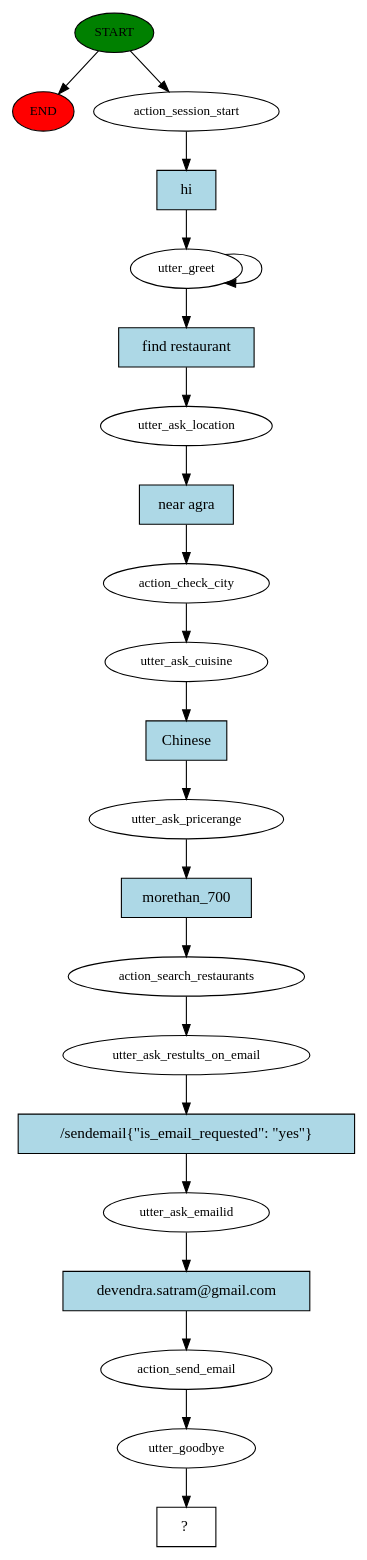
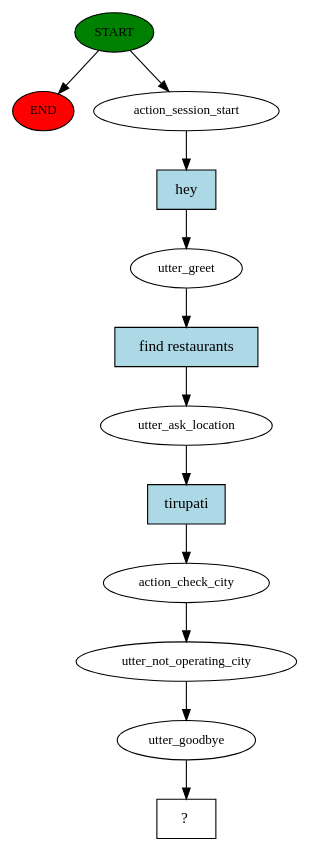
Before and after one commit to devasci/rasa_casestudy: the diagram in story_graph.dot, drawn with Graphviz. The commit also changed 8 other files, not shown here.

```diff
--- a/story_graph.dot
+++ b/story_graph.dot
@@ -1,44 +1,25 @@
 digraph  {
 0 [class="start active", fillcolor=green, fontsize=12, label=START, style=filled];
 "-1" [class=end, fillcolor=red, fontsize=12, label=END, style=filled];
 1 [class=active, fontsize=12, label=action_session_start];
 2 [class=active, fontsize=12, label=utter_greet];
-4 [class=active, fontsize=12, label=utter_ask_location];
-5 [class=active, fontsize=12, label=action_check_city];
-6 [class=active, fontsize=12, label=utter_ask_cuisine];
-7 [class=active, fontsize=12, label=utter_ask_pricerange];
-8 [class=active, fontsize=12, label=action_search_restaurants];
-9 [class=active, fontsize=12, label=utter_ask_restults_on_email];
-10 [class=active, fontsize=12, label=utter_ask_emailid];
-11 [class=active, fontsize=12, label=action_send_email];
-12 [class=active, fontsize=12, label=utter_goodbye];
-13 [class="intent dashed active", label="  ?  ", shape=rect];
-14 [class="intent active", fillcolor=lightblue, label=hi, shape=rect, style=filled];
-15 [class="intent active", fillcolor=lightblue, label="find restaurant", shape=rect, style=filled];
-16 [class="intent active", fillcolor=lightblue, label="near agra", shape=rect, style=filled];
-17 [class="intent active", fillcolor=lightblue, label=Chinese, shape=rect, style=filled];
-18 [class="intent active", fillcolor=lightblue, label=morethan_700, shape=rect, style=filled];
-19 [class="intent active", fillcolor=lightblue, label="/sendemail{\"is_email_requested\": \"yes\"}", shape=rect, style=filled];
-20 [class="intent active", fillcolor=lightblue, label="devendra.satram@gmail.com", shape=rect, style=filled];
+3 [class=active, fontsize=12, label=utter_ask_location];
+4 [class=active, fontsize=12, label=action_check_city];
+5 [class=active, fontsize=12, label=utter_not_operating_city];
+6 [class=active, fontsize=12, label=utter_goodbye];
+7 [class="intent dashed active", label="  ?  ", shape=rect];
+8 [class="intent active", fillcolor=lightblue, label=hey, shape=rect, style=filled];
+9 [class="intent active", fillcolor=lightblue, label="find restaurants", shape=rect, style=filled];
+10 [class="intent active", fillcolor=lightblue, label=tirupati, shape=rect, style=filled];
 0 -> "-1"  [class="", key=NONE, label=""];
 0 -> 1  [class=active, key=NONE, label=""];
-1 -> 14  [class=active, key=0];
-2 -> 2  [class=active, key=NONE, label=""];
-2 -> 15  [class=active, key=0];
-4 -> 16  [class=active, key=0];
+1 -> 8  [class=active, key=0];
+2 -> 9  [class=active, key=0];
+3 -> 10  [class=active, key=0];
+4 -> 5  [class=active, key=NONE, label=""];
 5 -> 6  [class=active, key=NONE, label=""];
-6 -> 17  [class=active, key=0];
-7 -> 18  [class=active, key=0];
-8 -> 9  [class=active, key=NONE, label=""];
-9 -> 19  [class=active, key=0];
-10 -> 20  [class=active, key=0];
-11 -> 12  [class=active, key=NONE, label=""];
-12 -> 13  [class=active, key=NONE, label=""];
-14 -> 2  [class=active, key=0];
-15 -> 4  [class=active, key=0];
-16 -> 5  [class=active, key=0];
-17 -> 7  [class=active, key=0];
-18 -> 8  [class=active, key=0];
-19 -> 10  [class=active, key=0];
-20 -> 11  [class=active, key=0];
+6 -> 7  [class=active, key=NONE, label=""];
+8 -> 2  [class=active, key=0];
+9 -> 3  [class=active, key=0];
+10 -> 4  [class=active, key=0];
 }
```
